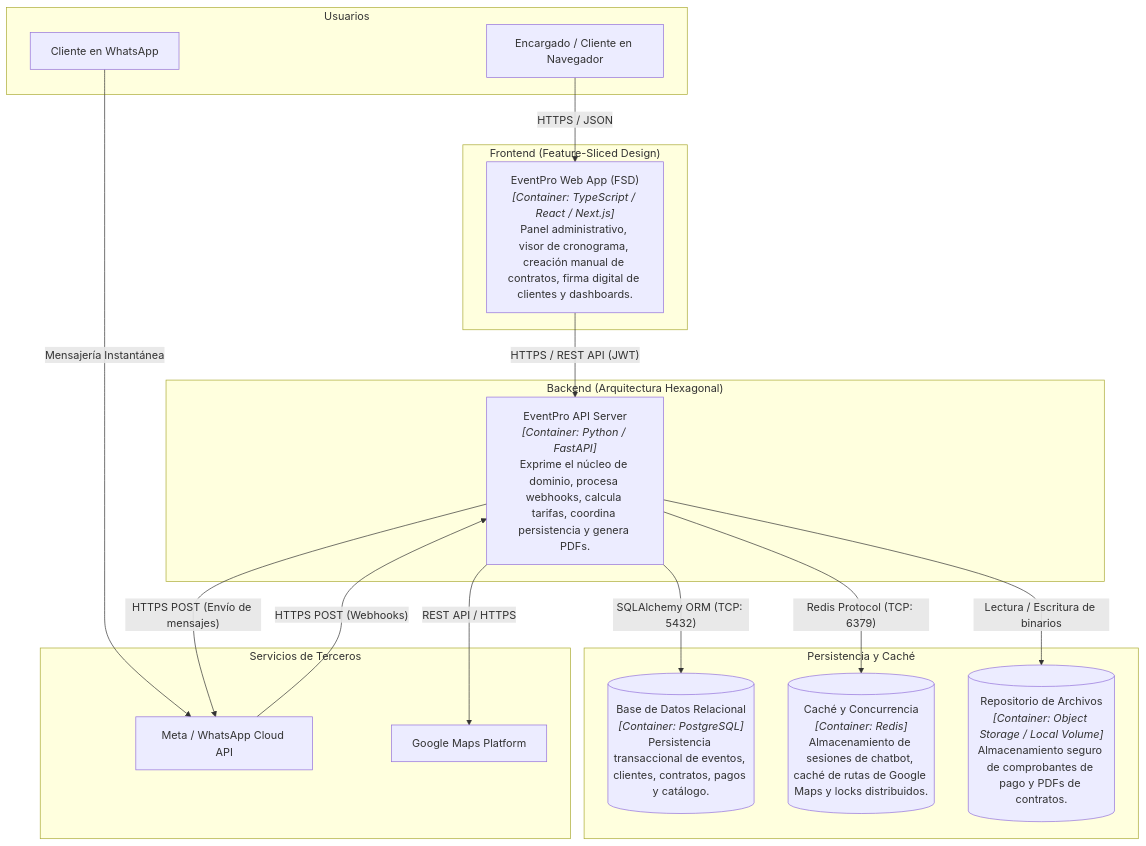
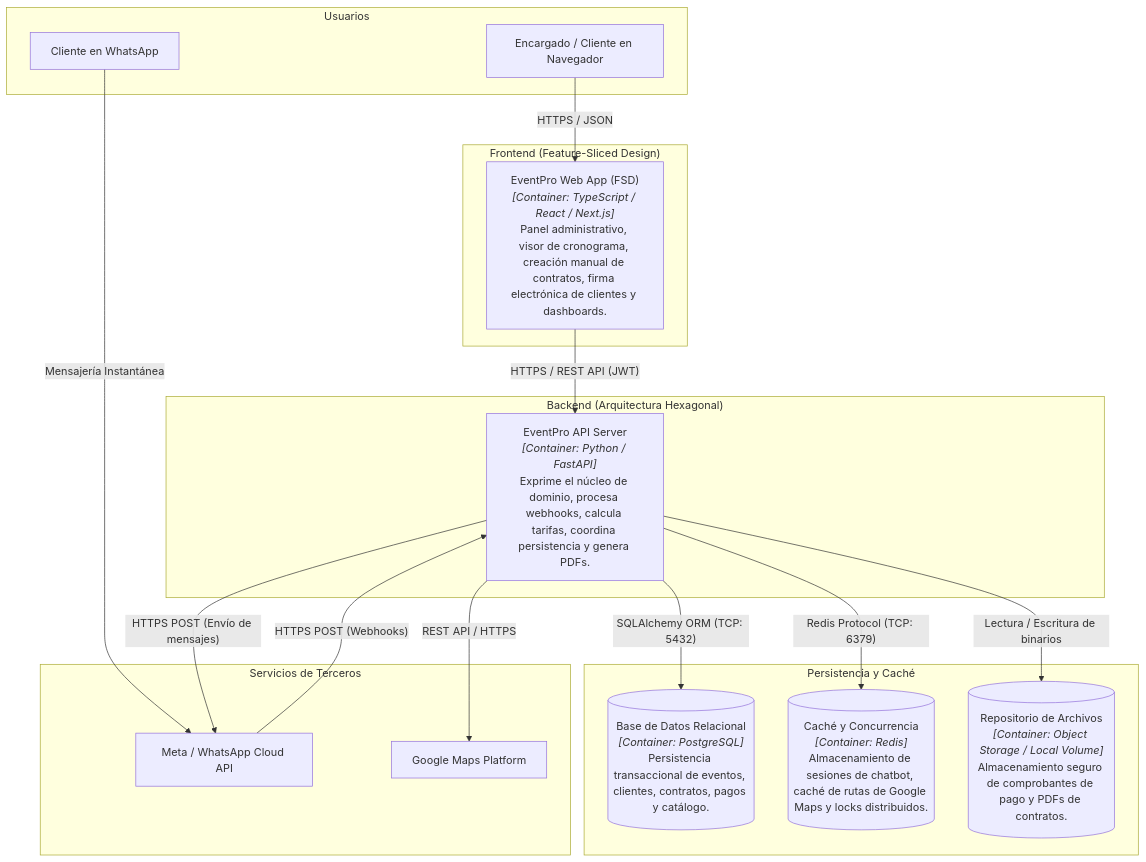
Before and after one commit to MathiasTL/EventPro-backend: the second of 3 diagrams in Docs/02-arquitectura/01-diseno-arquitectonico-c4.md, drawn with Mermaid. The commit also changed other lines of this file and 14 other files, not shown here.

````diff
--- a/Docs/02-arquitectura/01-diseno-arquitectonico-c4.md
+++ b/Docs/02-arquitectura/01-diseno-arquitectonico-c4.md
@@ -51,37 +51,37 @@
 ```mermaid
 flowchart TB
     subgraph Usuarios["Usuarios"]
         UserWeb["Encargado / Cliente en Navegador"]
         UserWhatsApp["Cliente en WhatsApp"]
     end
 
     subgraph FrontendApp["Frontend (Feature-Sliced Design)"]
-        SPA["EventPro Web App (FSD)<br/><i>[Container: TypeScript / React / Next.js]</i><br/>Panel administrativo, visor de cronograma, creación manual de contratos, firma digital de clientes y dashboards."]
+        SPA["EventPro Web App (FSD)<br/><i>[Container: TypeScript / React / Next.js]</i><br/>Panel administrativo, visor de cronograma, creación manual de contratos, firma electrónica de clientes y dashboards."]
     end
 
     subgraph BackendApp["Backend (Arquitectura Hexagonal)"]
         API["EventPro API Server<br/><i>[Container: Python / FastAPI]</i><br/>Exprime el núcleo de dominio, procesa webhooks, calcula tarifas, coordina persistencia y genera PDFs."]
     end
 
     subgraph Almacenamiento["Persistencia y Caché"]
         DB[("Base de Datos Relacional<br/><i>[Container: PostgreSQL]</i><br/>Persistencia transaccional de eventos, clientes, contratos, pagos y catálogo.")]
         Cache[("Caché y Concurrencia<br/><i>[Container: Redis]</i><br/>Almacenamiento de sesiones de chatbot, caché de rutas de Google Maps y locks distribuidos.")]
         Storage[("Repositorio de Archivos<br/><i>[Container: Object Storage / Local Volume]</i><br/>Almacenamiento seguro de comprobantes de pago y PDFs de contratos.")]
     end
 
     subgraph ServiciosTerceros["Servicios de Terceros"]
         ExtWhatsApp["Meta / WhatsApp Cloud API"]
         ExtMaps["Google Maps Platform"]
     end
 
     UserWeb -->|"HTTPS / JSON"| SPA
     SPA -->|"HTTPS / REST API (JWT)"| API
     UserWhatsApp -->|"Mensajería Instantánea"| ExtWhatsApp
     ExtWhatsApp -->|"HTTPS POST (Webhooks)"| API
     API -->|"HTTPS POST (Envío de mensajes)"| ExtWhatsApp
 
     API -->|"SQLAlchemy ORM (TCP: 5432)"| DB
     API -->|"Redis Protocol (TCP: 6379)"| Cache
     API -->|"Lectura / Escritura de binarios"| Storage
     API -->|"REST API / HTTPS"| ExtMaps
 ```
````
